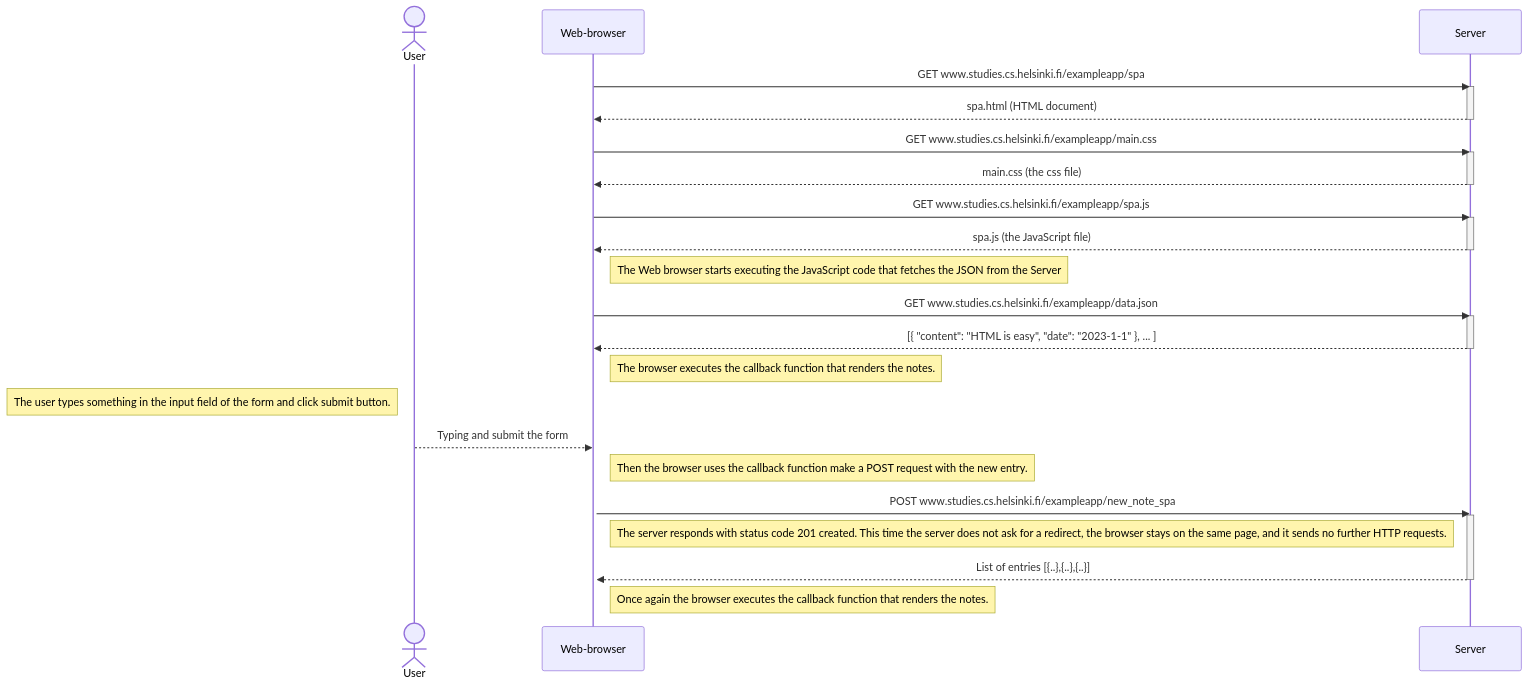
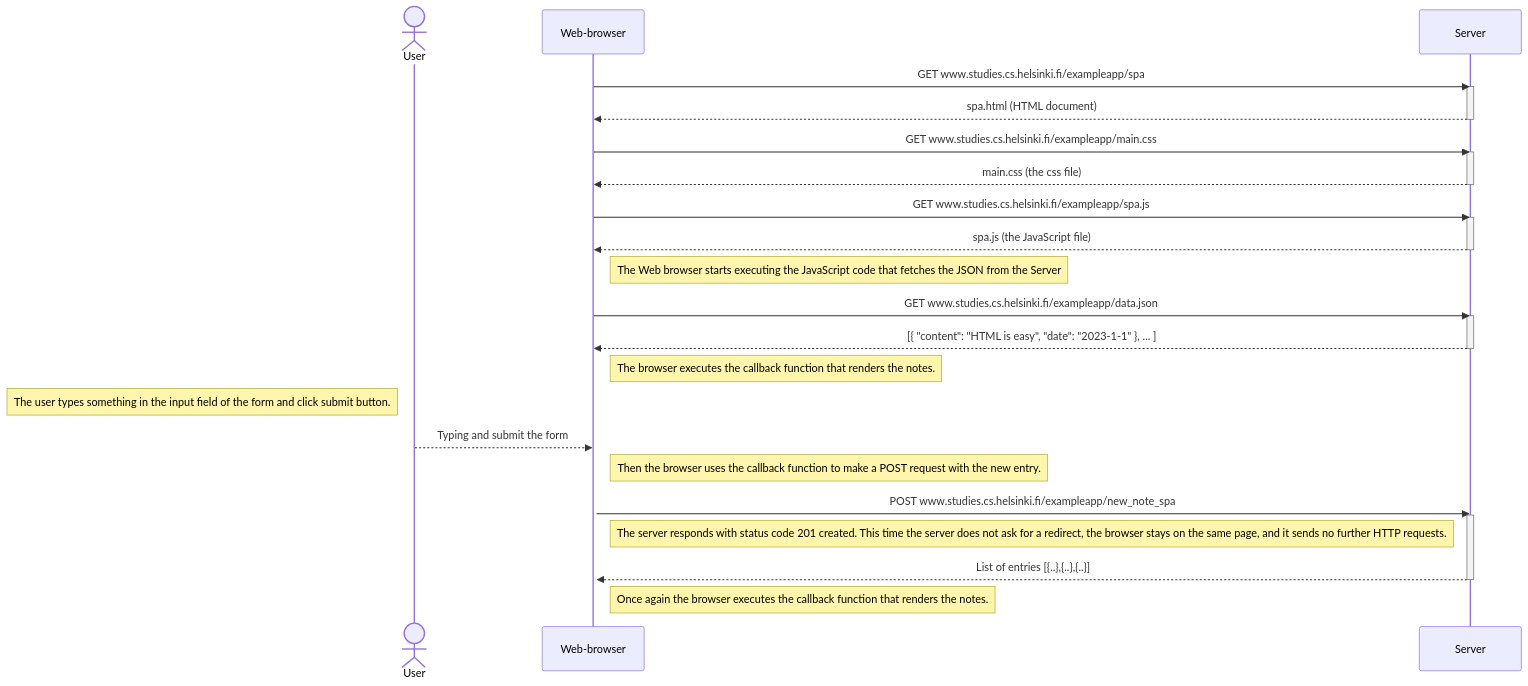
One commit to lonchanick/fullstackopen changed the diagram in Part0/0.5.MD. Above: the diagram before and after it, drawn with Mermaid.

````diff
--- a/Part0/0.5.MD
+++ b/Part0/0.5.MD
@@ -1,46 +1,46 @@
 ```mermaid
 sequenceDiagram
 actor User
 participant Web-browser
 participant Server
 
 Web-browser->>Server: GET www.studies.cs.helsinki.fi/exampleapp/spa
 activate Server
 Server-->>Web-browser: spa.html (HTML document)
 deactivate Server
 
 Web-browser->>Server: GET www.studies.cs.helsinki.fi/exampleapp/main.css
 activate Server
 Server-->>Web-browser: main.css (the css file)
 deactivate Server
 
 Web-browser->>Server: GET www.studies.cs.helsinki.fi/exampleapp/spa.js
 activate Server
 Server-->>Web-browser: spa.js (the JavaScript file)
 deactivate Server
 
 Note right of Web-browser: The Web browser starts executing the JavaScript code that fetches the JSON from the Server
 
 Web-browser->>Server: GET www.studies.cs.helsinki.fi/exampleapp/data.json
 activate Server
 Server-->>Web-browser: [{ "content": "HTML is easy", "date": "2023-1-1" }, ... ]
 deactivate Server
 
 Note right of Web-browser: The browser executes the callback function that renders the notes.
 
 Note left of User: The user types something in the input  field of the form and click submit button. 
 User-->>Web-browser:  Typing and submit the form
 activate Web-browser
 
-Note right of Web-browser: Then the browser uses the callback function make a POST request with the new entry.
+Note right of Web-browser: Then the browser uses the callback function to make a POST request with the new entry.
 
 Web-browser->>Server: POST www.studies.cs.helsinki.fi/exampleapp/new_note_spa 
 activate Server
 
 Note right of Web-browser: The server responds with status code 201 created. This time the server does not ask for a redirect, the browser stays on the same page, and it sends no further HTTP requests.
 
 Server-->>Web-browser: List of entries [{..},{..},{..}]
 deactivate Server
 
 Note right of Web-browser: Once again the browser executes the callback function that renders the notes.
 ```
````
